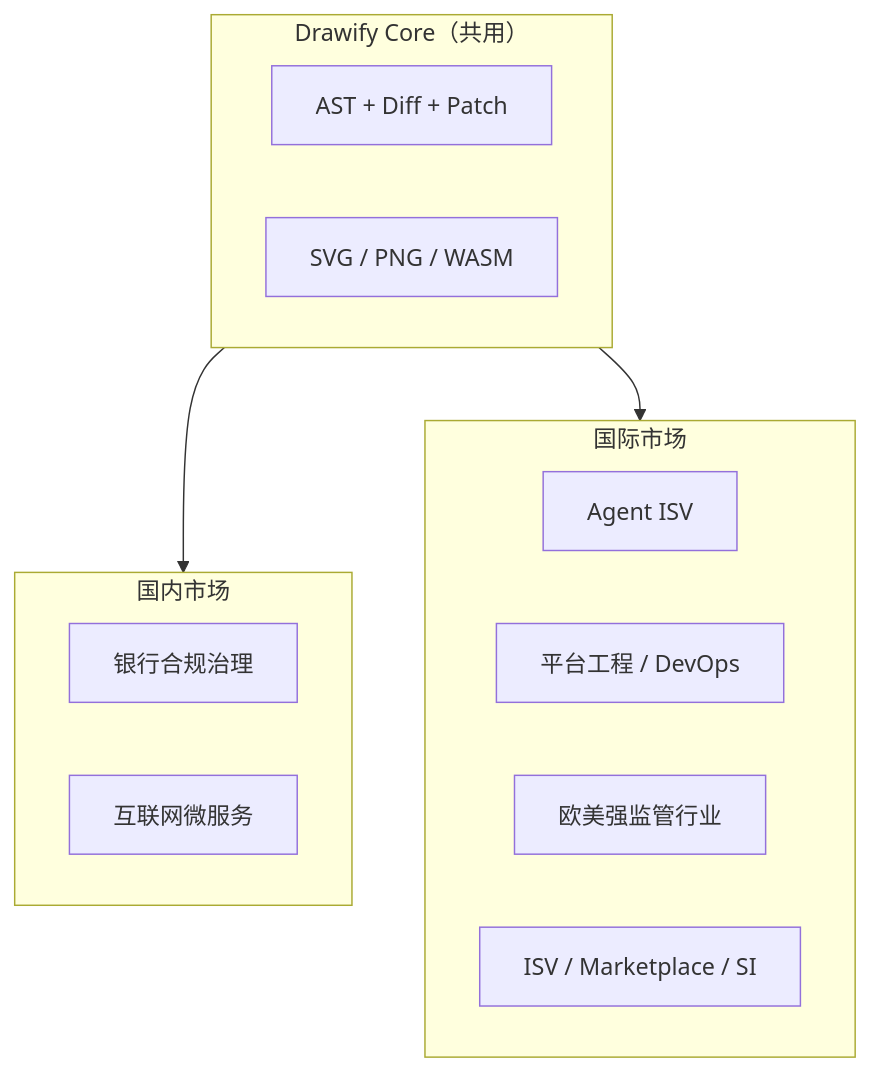
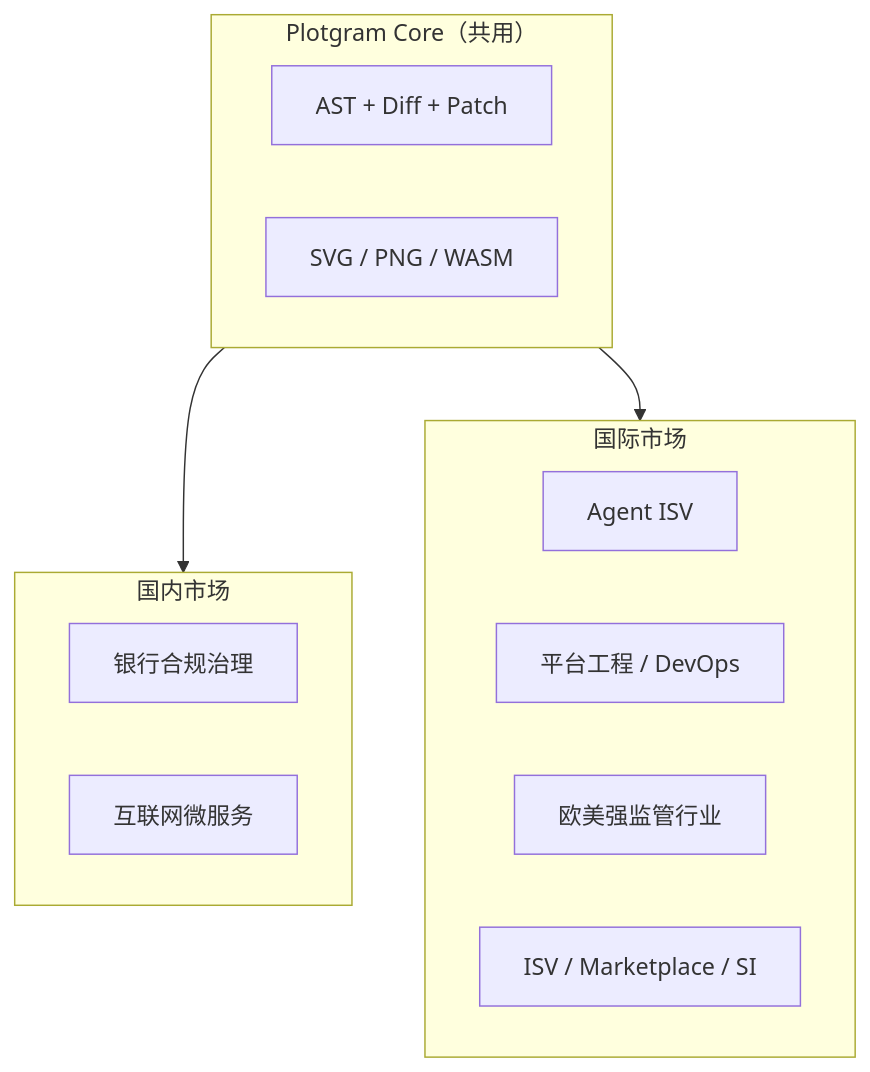
The diagram in docs/enterprise/international-market-opportunities.md (jimium/plotgram), drawn with Mermaid before and after one commit. The commit also changed other lines of this file and 777 other files, not shown here.

````diff
--- a/docs/enterprise/international-market-opportunities.md
+++ b/docs/enterprise/international-market-opportunities.md
@@ -221,22 +221,22 @@
 ```mermaid
 flowchart TB
-    subgraph core ["Drawify Core（共用）"]
+    subgraph core ["Plotgram Core（共用）"]
         ast["AST + Diff + Patch"]
         render["SVG / PNG / WASM"]
     end
 
     subgraph cn ["国内市场"]
         bank["银行合规治理"]
         internet["互联网微服务"]
     end
 
     subgraph intl ["国际市场"]
         agent["Agent ISV"]
         devops["平台工程 / DevOps"]
         regulated["欧美强监管行业"]
         channel["ISV / Marketplace / SI"]
     end
 
     core --> cn
     core --> intl
 ```
````
